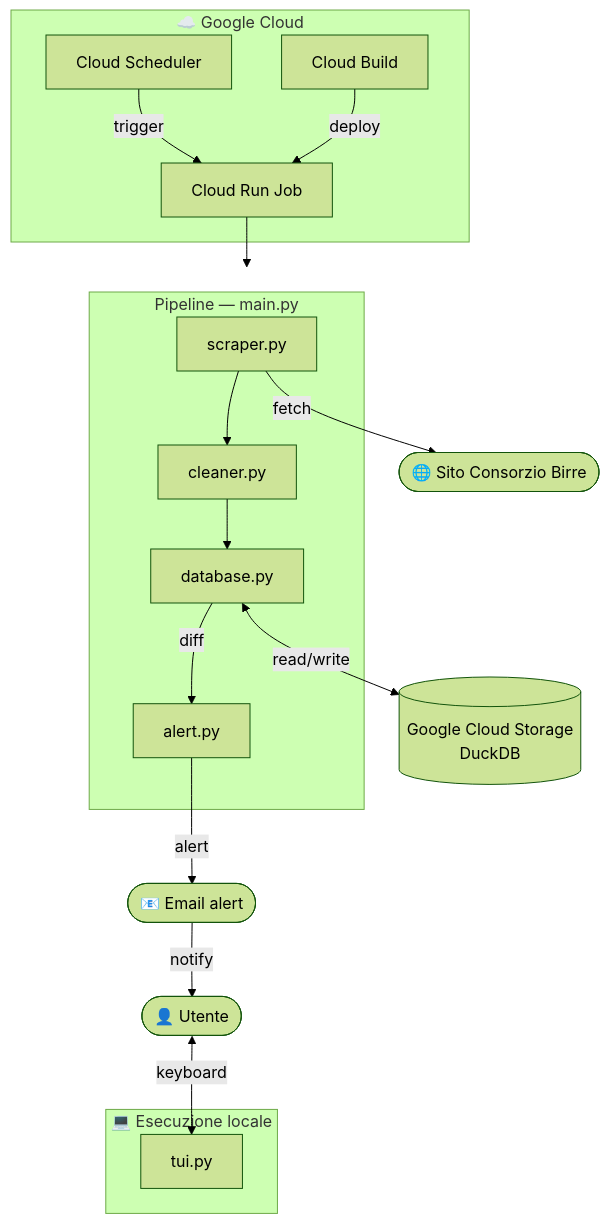
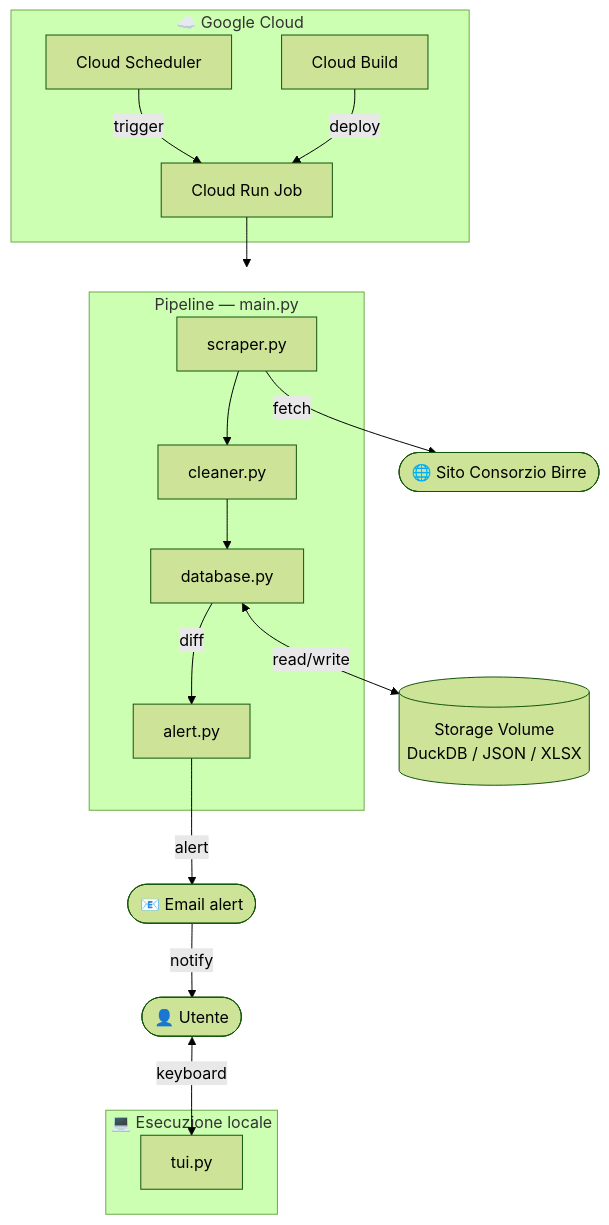
One commit to m-contini/Consorzio changed the diagram in README.md. Above: the diagram before and after it, drawn with Mermaid (forest theme). The commit also changed other lines of this file, not shown here.

````diff
--- a/README.md
+++ b/README.md
@@ -24,36 +28,36 @@
 ```mermaid
 flowchart TD
-    GCS[(Google Cloud Storage\nDuckDB)]
+    GCS[(Storage Volume\nDuckDB / JSON / XLSX)]
 
     subgraph GCP ["☁️ Google Cloud"]
         SCH[Cloud Scheduler]
         CB[Cloud Build]
         CR[Cloud Run Job]
     end
 
     subgraph pipeline ["Pipeline — main.py"]
         S[scraper.py]
         C[cleaner.py]
         DB[database.py]
         A[alert.py]
     end
 
     subgraph local ["💻 Esecuzione locale"]
         TUI[tui.py]
     end
 
     SITE([🌐 Sito Consorzio Birre])
     MAIL([📧 Email alert])
     USER([👤 Utente])
 
     SCH -->|trigger| CR
     CB -->|deploy| CR
     CR --> pipeline
     S -->|fetch| SITE
     S --> C --> DB
     DB <-->|read/write| GCS
     DB -->|diff| A
     A -->|alert| MAIL
     MAIL -->|notify| USER
     USER <-->|keyboard| TUI
 ```
````
